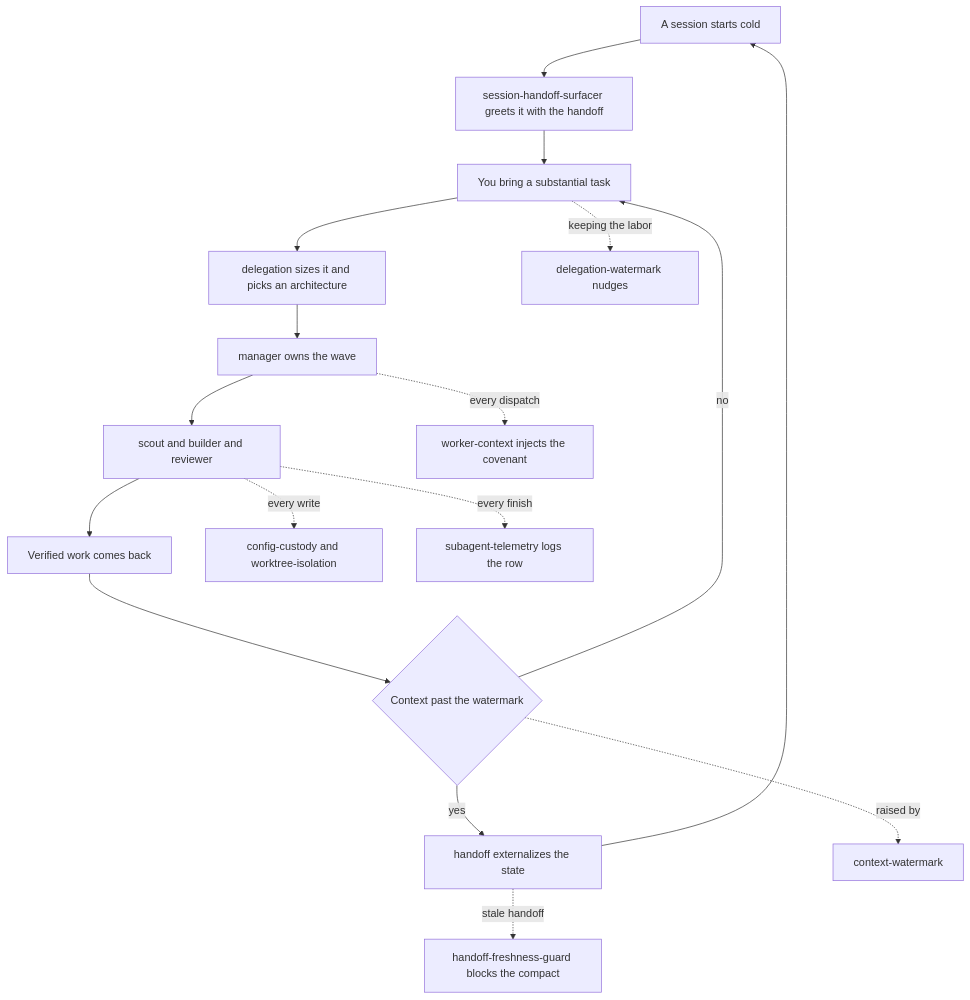
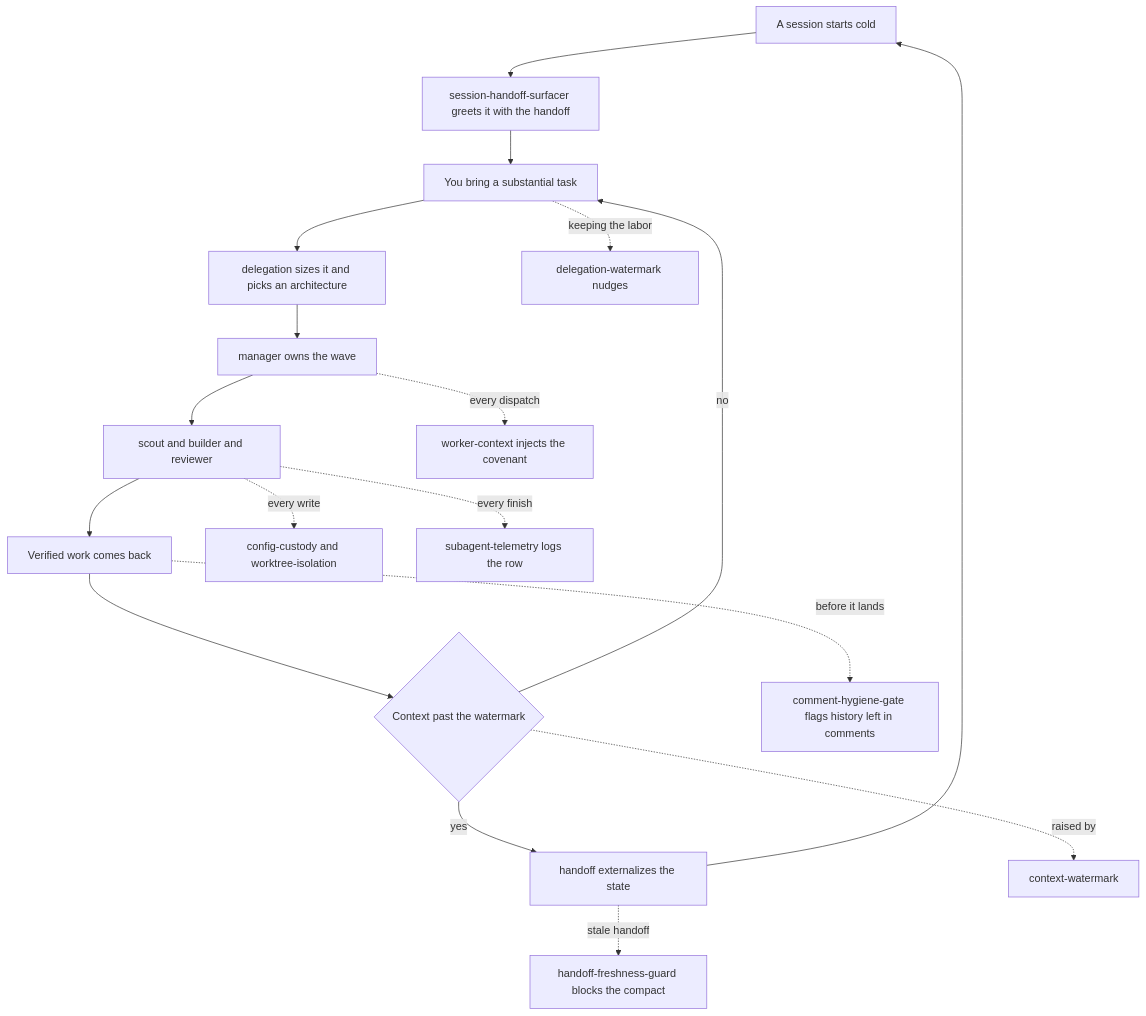
Before and after one commit to hsb3/dotfiles-agents: the diagram in plugins/atelier/README.md, drawn with Mermaid. The commit also changed other lines of this file and 16 other files, not shown here.

First line of the commit message:
feat(atelier): comment-hygiene skill + advisory gate at the moment work lands

````diff
--- a/plugins/atelier/README.md
+++ b/plugins/atelier/README.md
@@ -16,20 +16,21 @@
 ```mermaid
 flowchart TD
     Cold[A session starts cold] --> Surf[session-handoff-surfacer greets it with the handoff]
     Surf --> Work[You bring a substantial task]
     Work --> Del[delegation sizes it and picks an architecture]
     Del --> Mgr[manager owns the wave]
     Mgr --> Workers[scout and builder and reviewer]
     Workers --> Done[Verified work comes back]
     Done --> Ctx{Context past the watermark}
     Ctx -->|no| Work
     Ctx -->|yes| Hand[handoff externalizes the state]
     Hand --> Cold
 
+    Done -.->|before it lands| CH[comment-hygiene-gate flags history left in comments]
     Work -.->|keeping the labor| DW[delegation-watermark nudges]
     Mgr -.->|every dispatch| WC[worker-context injects the covenant]
     Workers -.->|every write| CC[config-custody and worktree-isolation]
     Workers -.->|every finish| Tel[subagent-telemetry logs the row]
     Ctx -.->|raised by| CW[context-watermark]
     Hand -.->|stale handoff| FG[handoff-freshness-guard blocks the compact]
 ```
````
